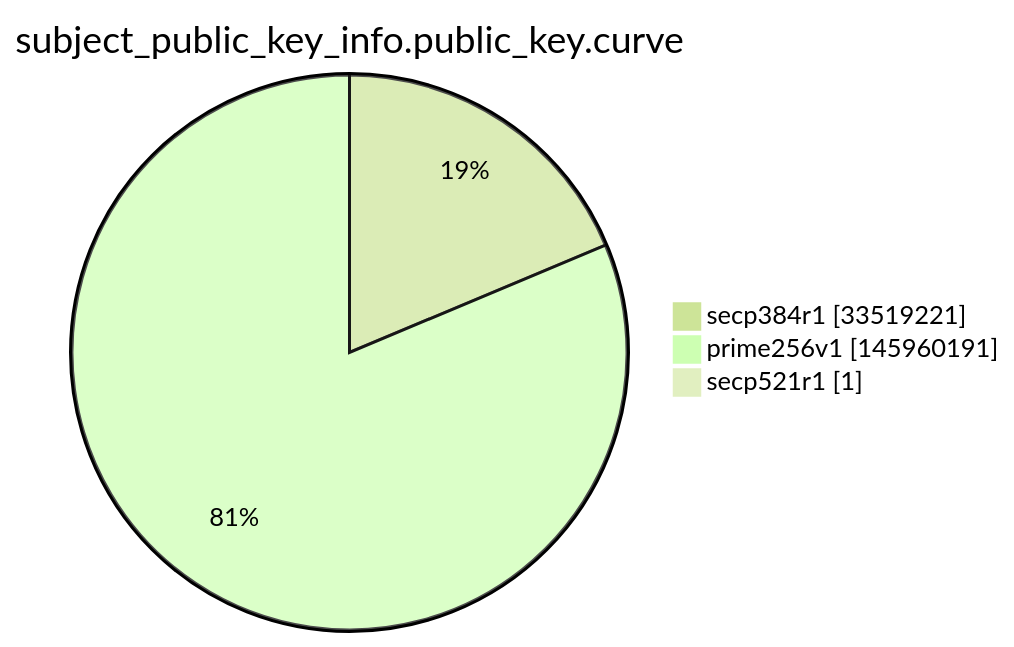
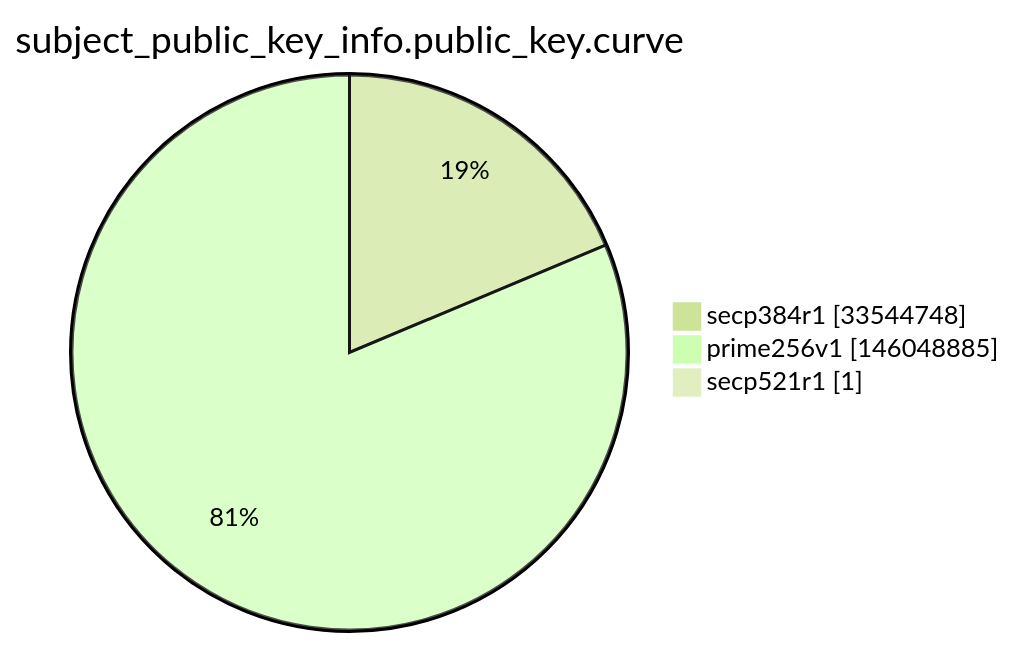
One commit to christiankrug/ctmonitor_visualization changed the ninth of 15 diagrams in argon2022/README.md. Above: the diagram before and after it, drawn with Mermaid (forest theme). The commit also changed other lines of this file, not shown here.

````diff
--- a/argon2022/README.md
+++ b/argon2022/README.md
@@ -2764,7 +2764,7 @@
 ```mermaid
 pie showData
 title subject_public_key_info.public_key.curve
-"secp384r1" :33519221
-"prime256v1" :145960191
+"secp384r1" :33544748
+"prime256v1" :146048885
 "secp521r1" :1
 ```
````
